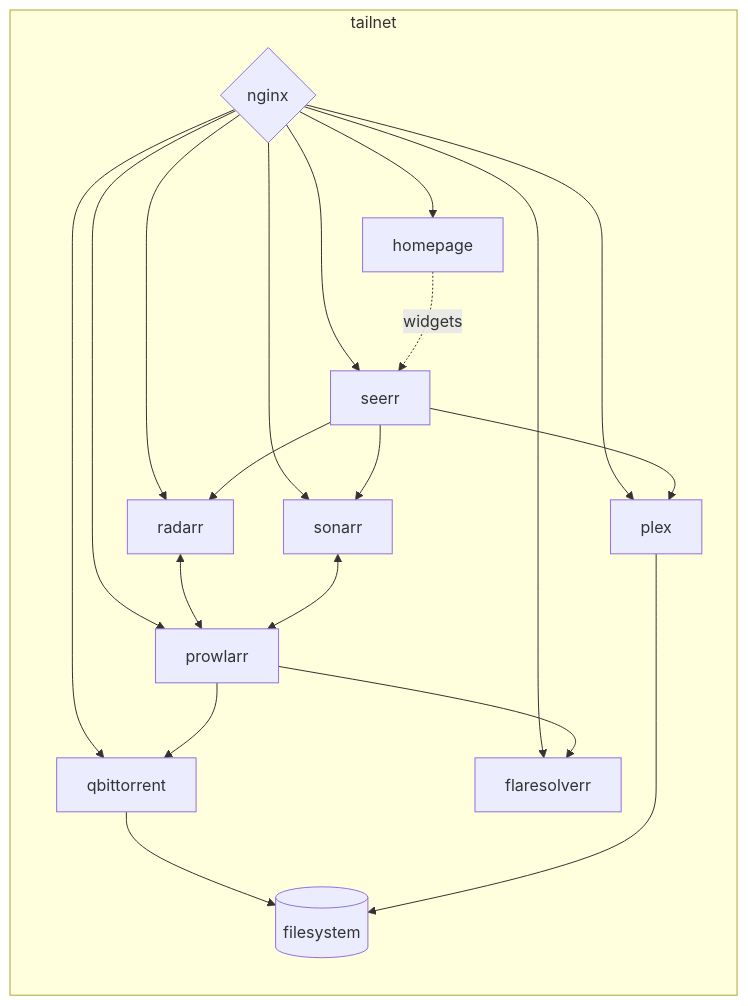
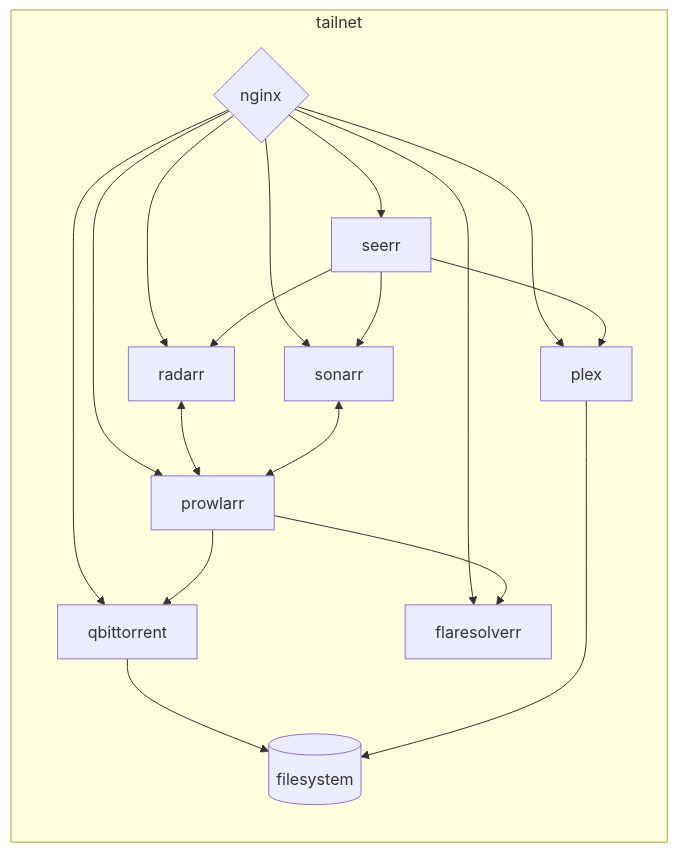
Before and after one commit to alexpyoung/homelab: the second of 2 diagrams in README.md, drawn with Mermaid.

Commit message:
doc(README): leave Homepage out of the internal diagram

````diff
--- a/README.md
+++ b/README.md
@@ -73,33 +73,30 @@
 ```mermaid
 flowchart LR
     subgraph tailnet
         nginx{nginx}
-        homepage
         flaresolverr
         plex
         seerr
         radarr
         sonarr
         prowlarr
         qbittorrent
         fs[(filesystem)]
     end
-    nginx-->homepage
     nginx-->seerr
     nginx-->plex
     nginx-->radarr
     nginx-->sonarr
     nginx-->prowlarr
     nginx-->qbittorrent
     nginx-->flaresolverr
-    homepage-."widgets".->seerr
     seerr-->radarr
     seerr-->sonarr
     seerr-->plex
     radarr<-->prowlarr
     sonarr<-->prowlarr
     prowlarr-->flaresolverr
     prowlarr-->qbittorrent
     qbittorrent-->fs
     plex-->fs
 ```
````
